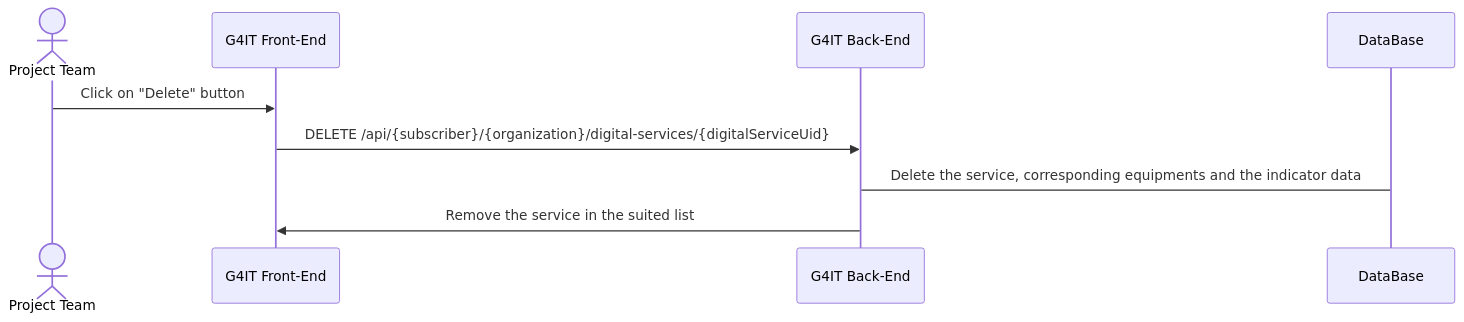
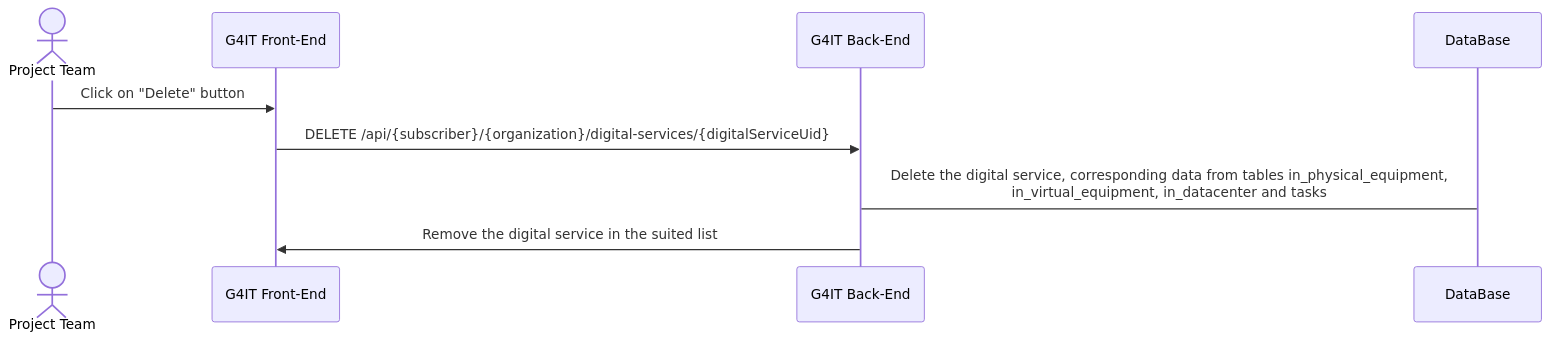
One commit to teamg4it/g4it changed the second of 2 diagrams in services/documentation/content/2-functional-documentation/use_cases/uc_digital_services/uc7_delete_digital_service.md. Above: the diagram before and after it, drawn with Mermaid. The commit also changed 19 other files, not shown here.

```diff
--- a/services/documentation/content/2-functional-documentation/use_cases/uc_digital_services/uc7_delete_digital_service.md
+++ b/services/documentation/content/2-functional-documentation/use_cases/uc_digital_services/uc7_delete_digital_service.md
@@ -58,12 +58,12 @@
 {{< mermaid >}}
 sequenceDiagram
 actor RND as Project Team
 participant front as G4IT Front-End
 participant back as G4IT Back-End
 participant DataBase
 
 RND ->> front: Click on "Delete" button
 front ->> back: DELETE /api/{subscriber}/{organization}/digital-services/{digitalServiceUid}
-back -> DataBase: Delete the service, corresponding equipments and the indicator data
-back ->> front: Remove the service in the suited list
+back -> DataBase: Delete the digital service, corresponding data from tables in_physical_equipment,<br> in_virtual_equipment, in_datacenter and tasks
+back ->> front: Remove the digital service in the suited list
 {{</ mermaid >}}
```
